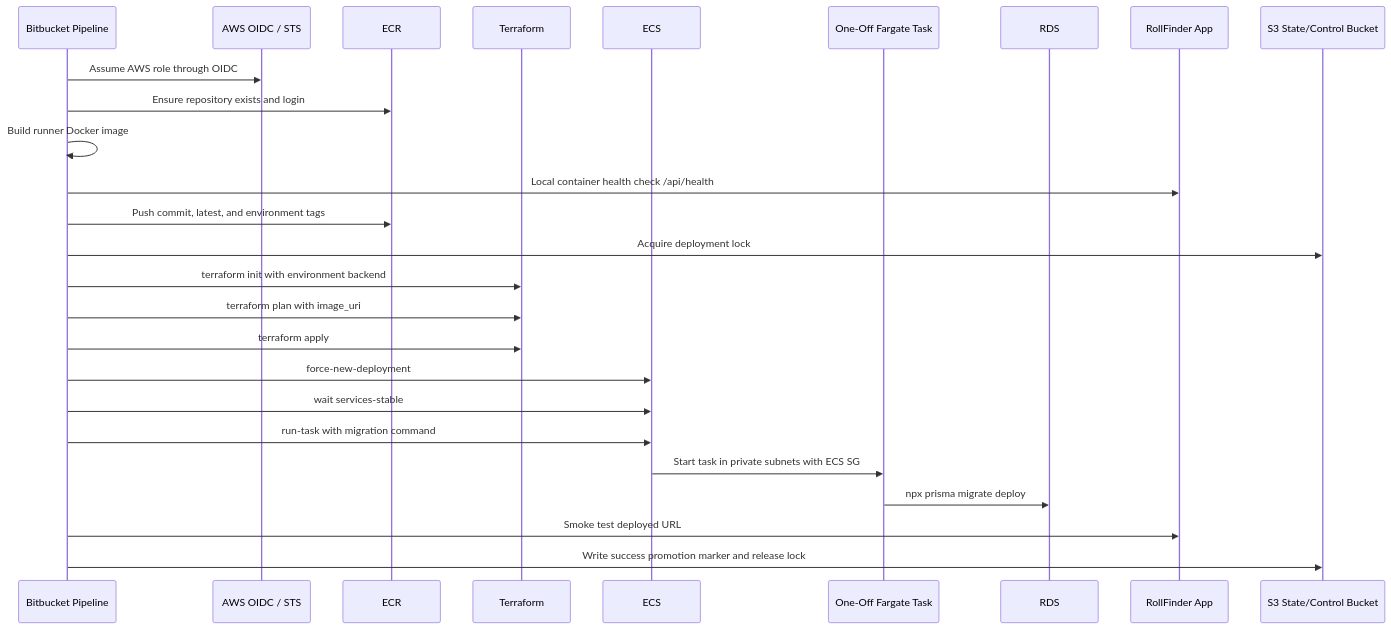
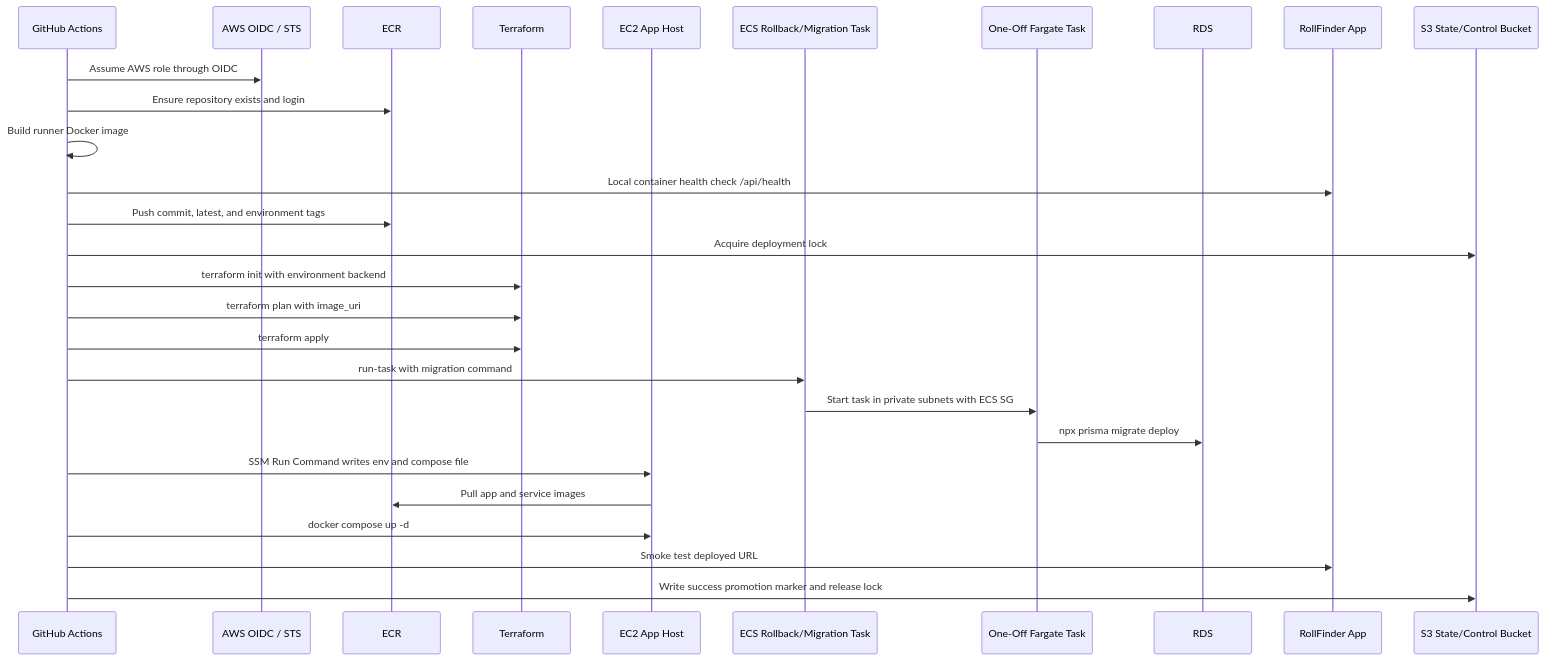
The third of 3 diagrams in docs/architecture/deployment-flow.md (miljimo/rollfinders), drawn with Mermaid before and after one commit. The commit also changed other lines of this file and 23 other files, not shown here.

````diff
--- a/docs/architecture/deployment-flow.md
+++ b/docs/architecture/deployment-flow.md
@@ -84,29 +93,31 @@
 ```mermaid
 sequenceDiagram
-  participant Pipeline as Bitbucket Pipeline
+  participant Pipeline as GitHub Actions
   participant AWS as AWS OIDC / STS
   participant ECR as ECR
   participant TF as Terraform
-  participant ECS as ECS
+  participant EC2 as EC2 App Host
+  participant ECS as ECS Rollback/Migration Task
   participant Mig as One-Off Fargate Task
   participant DB as RDS
   participant App as RollFinder App
   participant S3 as S3 State/Control Bucket
 
   Pipeline->>AWS: Assume AWS role through OIDC
   Pipeline->>ECR: Ensure repository exists and login
   Pipeline->>Pipeline: Build runner Docker image
   Pipeline->>App: Local container health check /api/health
   Pipeline->>ECR: Push commit, latest, and environment tags
   Pipeline->>S3: Acquire deployment lock
   Pipeline->>TF: terraform init with environment backend
   Pipeline->>TF: terraform plan with image_uri
   Pipeline->>TF: terraform apply
-  Pipeline->>ECS: force-new-deployment
-  Pipeline->>ECS: wait services-stable
   Pipeline->>ECS: run-task with migration command
   ECS->>Mig: Start task in private subnets with ECS SG
   Mig->>DB: npx prisma migrate deploy
+  Pipeline->>EC2: SSM Run Command writes env and compose file
+  EC2->>ECR: Pull app and service images
+  Pipeline->>EC2: docker compose up -d
   Pipeline->>App: Smoke test deployed URL
   Pipeline->>S3: Write success promotion marker and release lock
 ```
````
